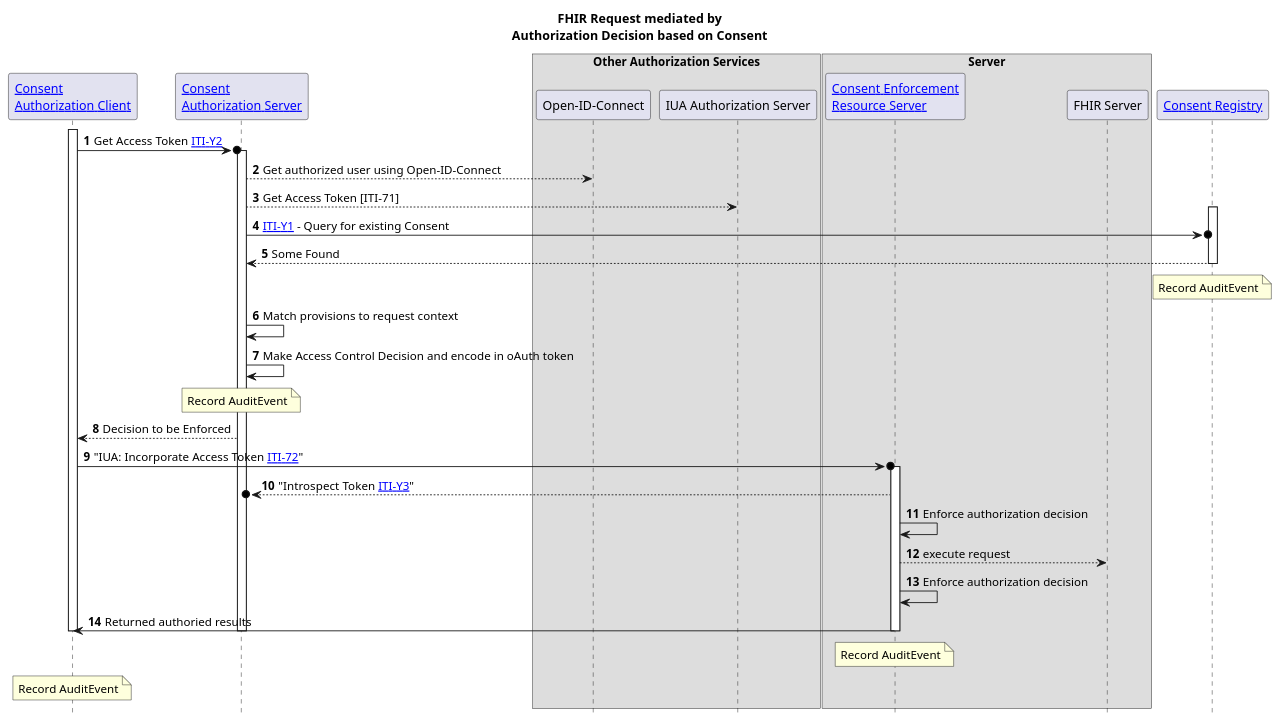
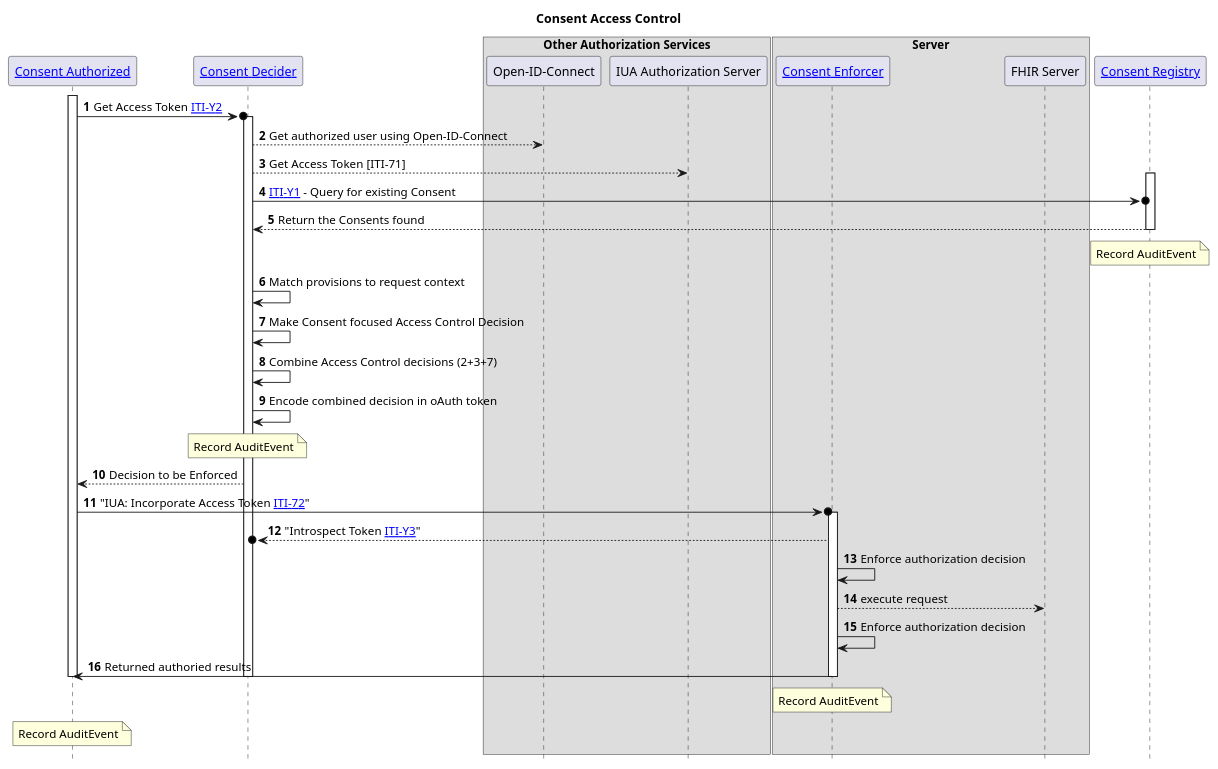
One commit to IHE/ITI.PCF changed the diagram in input/images-source/usecase3-processflow.plantuml. Above: the diagram before and after it, drawn with PlantUML. The commit also changed 5 other files, not shown here.

```diff
--- a/input/images-source/usecase3-processflow.plantuml
+++ b/input/images-source/usecase3-processflow.plantuml
@@ -1,48 +1,50 @@
 @startuml
 skinparam svgDimensionStyle false
 hide footbox
 autonumber
-title "FHIR Request mediated by\nAuthorization Decision based on Consent"
-participant "[[#consentclient Consent\nAuthorization Client]]" as client
-participant "[[#consentdecision Consent\nAuthorization Server]]" as decision
+title "Consent Access Control"
+participant "[[#consentclient Consent Authorized]]" as client
+participant "[[#consentdecider Consent Decider]]" as decision
 box "Other Authorization Services"
 participant "Open-ID-Connect" as oidc
 participant "IUA Authorization Server" as IUA
 end box
 box "Server"
-participant "[[#consentenforce Consent Enforcement\nResource Server]]" as server
+participant "[[#consentenforce Consent Enforcer]]" as server
 participant "FHIR Server" as fhir
 end box
 participant "[[#consentregistry Consent Registry]]" as registry
 activate client
 client ->o decision : Get Access Token [[ITI-Y2.html ITI-Y2]]
 activate decision
 decision --> oidc : Get authorized user using Open-ID-Connect
 decision --> IUA : Get Access Token [ITI-71]
 activate registry
 decision ->o registry : [[ITI-Y1.html ITI-Y1]] - Query for existing Consent
-registry --> decision : Some Found
+registry --> decision : Return the Consents found
 note over registry : Record AuditEvent
 deactivate registry
 
 decision -> decision : Match provisions to request context
-decision -> decision : Make Access Control Decision and encode in oAuth token
+decision -> decision : Make Consent focused Access Control Decision
+decision -> decision : Combine Access Control decisions (2+3+7)
+decision -> decision : Encode combined decision in oAuth token
 note over decision : Record AuditEvent
 
 decision --> client:  Decision to be Enforced
 client ->o server : "IUA: Incorporate Access Token [[https://profiles.ihe.net/ITI/IUA/index.html#372-incorporate-access-token-iti-72 ITI-72]]"
 activate server
 server -->o decision : "Introspect Token [[ITI-Y3.html ITI-Y3]]"
 server -> server: Enforce authorization decision
 server --> fhir : execute request
 server -> server: Enforce authorization decision
 client <- server : Returned authoried results
 deactivate server
 deactivate decision 
 
 note over server : Record AuditEvent
 deactivate server
 
 note over client : Record AuditEvent
 deactivate client 
 @enduml
```
